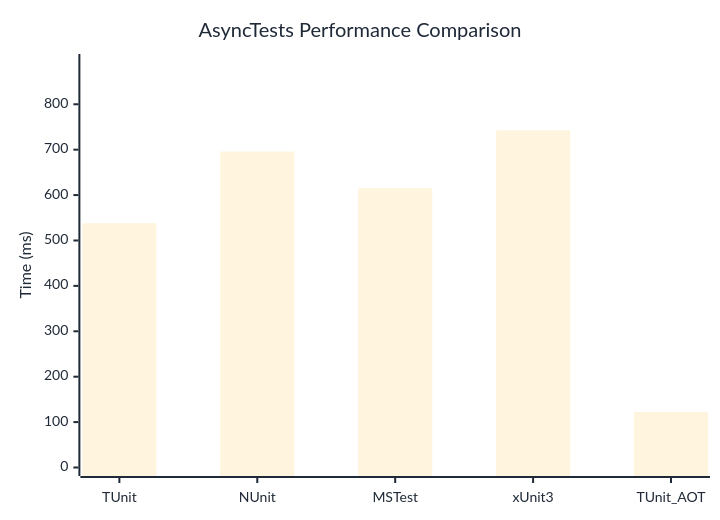
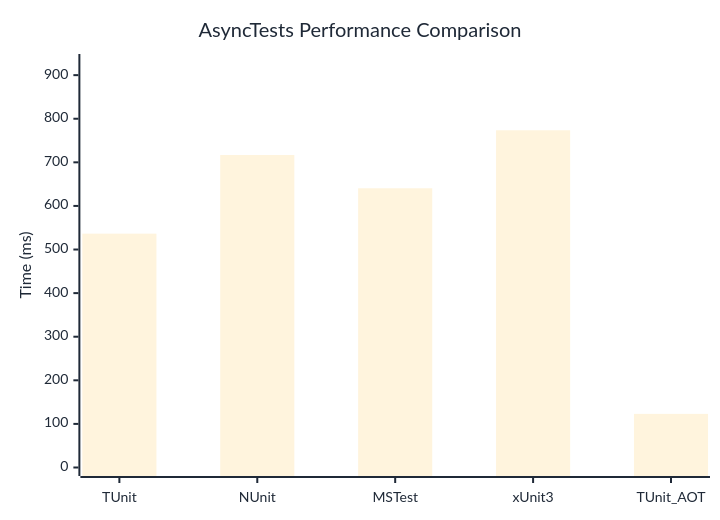
Before and after one commit to thomhurst/TUnit: the diagram in docs/docs/benchmarks/AsyncTests.md, drawn with Mermaid. The commit also changed other lines of this file and 17 other files, not shown here.

````diff
--- a/docs/docs/benchmarks/AsyncTests.md
+++ b/docs/docs/benchmarks/AsyncTests.md
@@ -27,37 +27,37 @@
 ```mermaid
 %%{init: {
   'theme':'base',
   'themeVariables': {
     'primaryColor': '#2563eb',
     'primaryTextColor': '#1f2937',
     'primaryBorderColor': '#1e40af',
     'lineColor': '#6b7280',
     'secondaryColor': '#7c3aed',
     'tertiaryColor': '#dc2626',
     'background': '#ffffff',
     'mainBkg': '#2563eb',
     'secondBkg': '#7c3aed',
     'tertiaryBkg': '#dc2626',
     'clusterBkg': '#f3f4f6',
     'edgeLabelBackground': '#ffffff',
     'tertiaryTextColor': '#1f2937',
     'pie1': '#2563eb',
     'pie2': '#7c3aed',
     'pie3': '#dc2626',
     'pie4': '#f59e0b',
     'pie5': '#10b981',
     'pie6': '#06b6d4',
     'pie7': '#ec4899',
     'pie8': '#6366f1',
     'pie9': '#84cc16',
     'pie10': '#f97316',
     'pie11': '#14b8a6',
     'pie12': '#a855f7'
   }
 }}%%
 xychart-beta
   title "AsyncTests Performance Comparison"
   x-axis ["TUnit", "NUnit", "MSTest", "xUnit3", "TUnit_AOT"]
-  y-axis "Time (ms)" 0 --> 892
-  bar [538, 695.9, 615.1, 742.7, 122.2]
+  y-axis "Time (ms)" 0 --> 929
+  bar [536.4, 716.8, 640.5, 773.5, 123]
 ```
````
